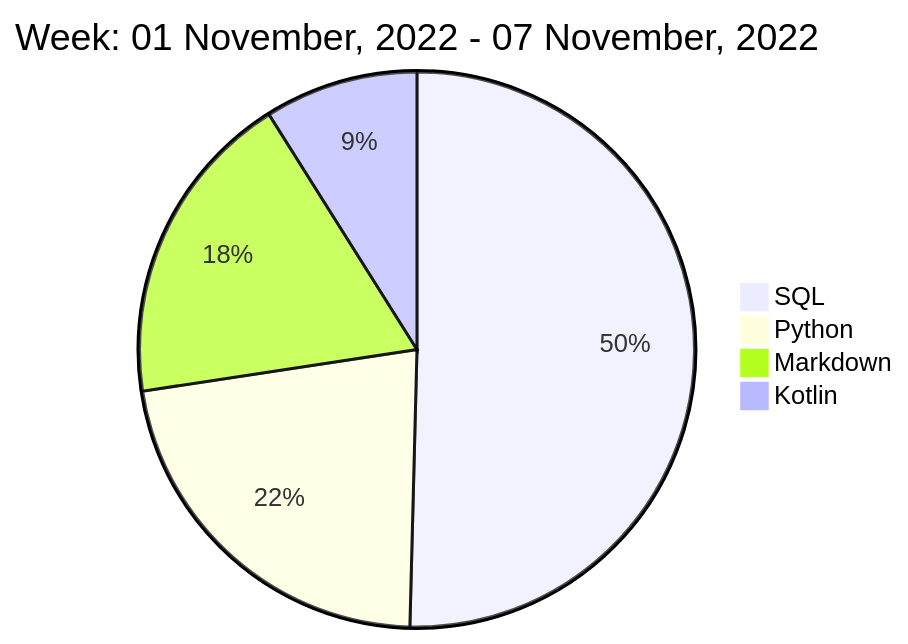
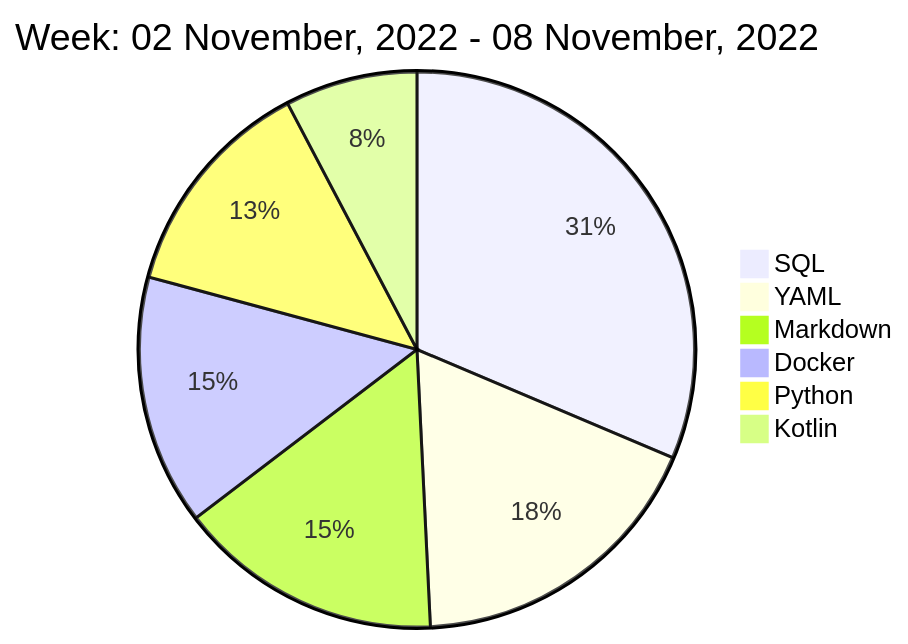
The diagram in README.md (liubin95/liubin95), drawn with Mermaid before and after one commit.

Commit message:
Updated the Graph with new Metrics

````diff
--- a/README.md
+++ b/README.md
@@ -40,8 +40,10 @@
 ```mermaid
  pie
-title Week: 01 November, 2022 - 07 November, 2022
- "SQL" : 6.2
- "Python" : 2.73
- "Markdown" : 2.27
+title Week: 02 November, 2022 - 08 November, 2022
+ "SQL" : 4.48
+ "YAML" : 2.55
+ "Markdown" : 2.2
+ "Docker" : 2.08
+ "Python" : 1.87
  "Kotlin" : 1.1
 ```
````
